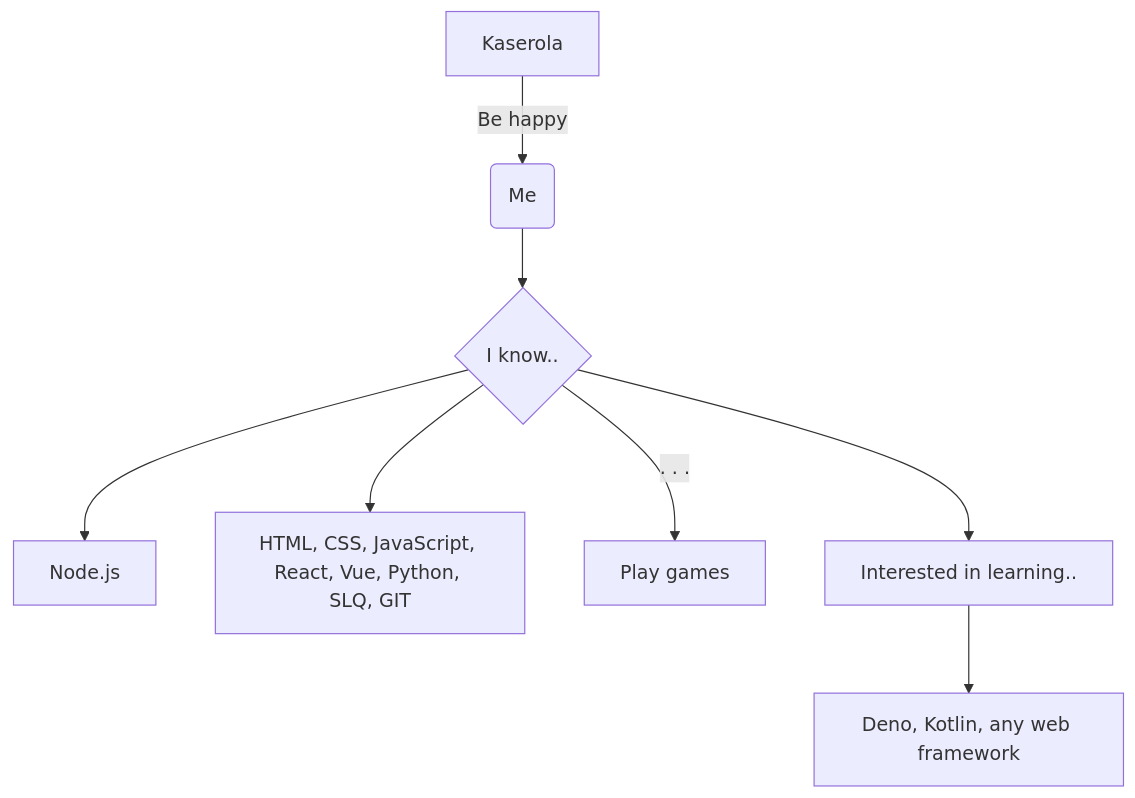
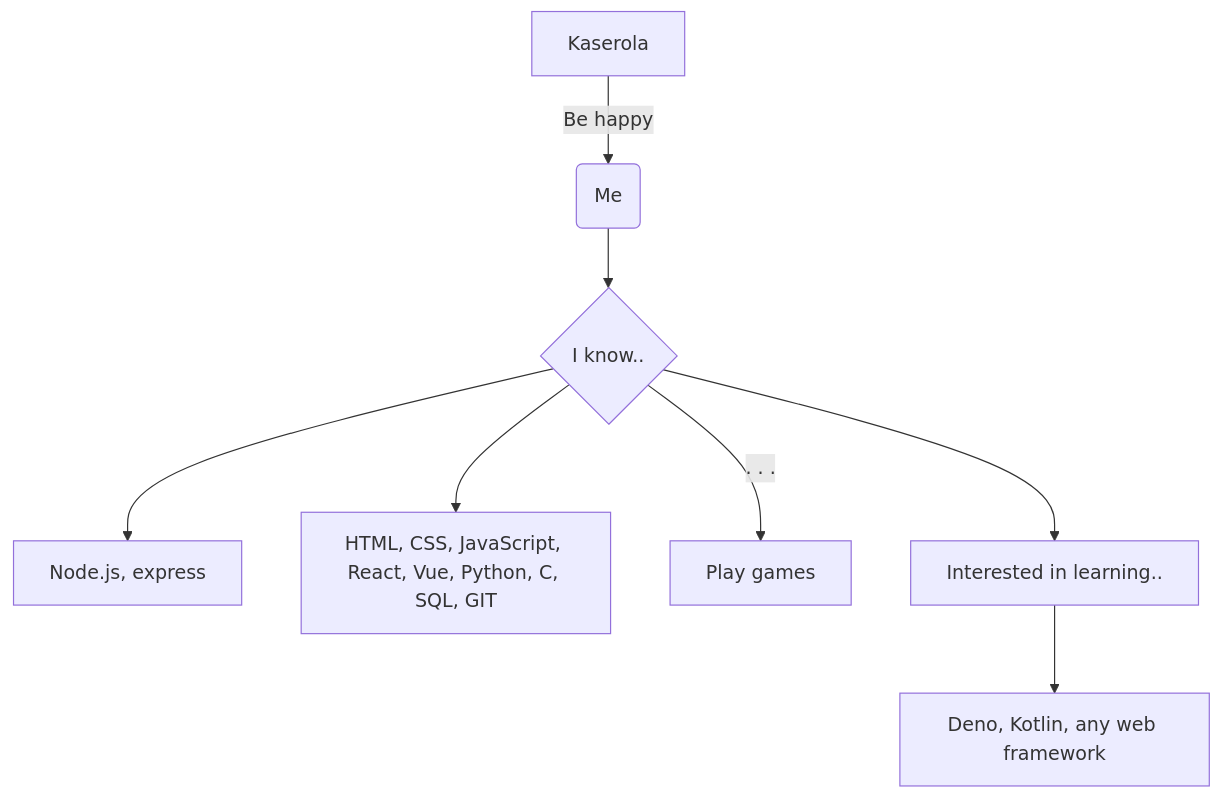
The diagram in README.md (Kaserola4/Kaserola4), drawn with Mermaid before and after one commit.

````diff
--- a/README.md
+++ b/README.md
@@ -3,10 +3,10 @@
 ```mermaid
 graph TD
     A[Kaserola] -->|Be happy| B(Me)
     B -->C{I know..}
-    C --> D[Node.js]
-    C --> E[HTML, CSS, JavaScript, React, Vue, Python, SLQ, GIT]
+    C --> D[Node.js, express]
+    C --> E[HTML, CSS, JavaScript, React, Vue, Python, C, SQL, GIT]
     C -->|. . .| F[Play games]
     C --> G[Interested in learning..]
     G --> H[Deno, Kotlin, any web framework]
    ```
````
